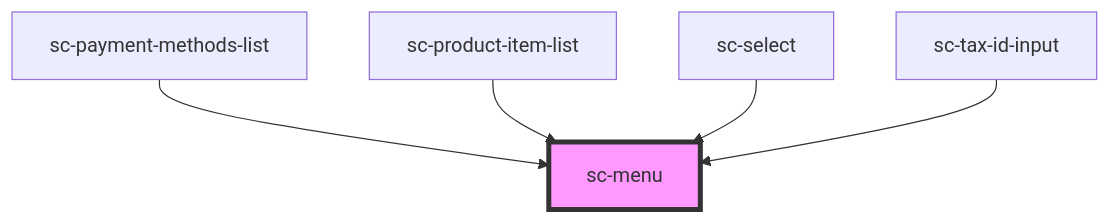
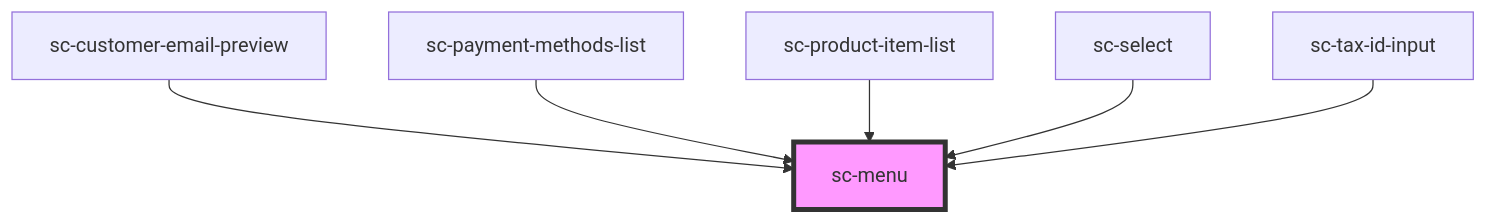
The diagram in packages/components/src/components/ui/menu/readme.md (surecart/surecart-wp-plugin), drawn with Mermaid before and after one commit. The commit also changed other lines of this file and 22 other files, not shown here.

````diff
--- a/packages/components/src/components/ui/menu/readme.md
+++ b/packages/components/src/components/ui/menu/readme.md
@@ -37,8 +38,9 @@
 ```mermaid
 graph TD;
+  sc-customer-email-preview --> sc-menu
   sc-payment-methods-list --> sc-menu
   sc-product-item-list --> sc-menu
   sc-select --> sc-menu
   sc-tax-id-input --> sc-menu
   style sc-menu fill:#f9f,stroke:#333,stroke-width:4px
 ```
````
